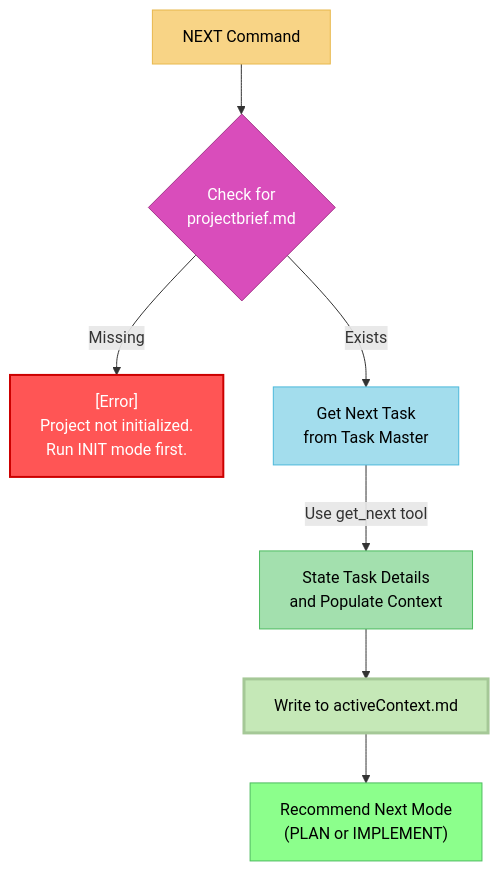
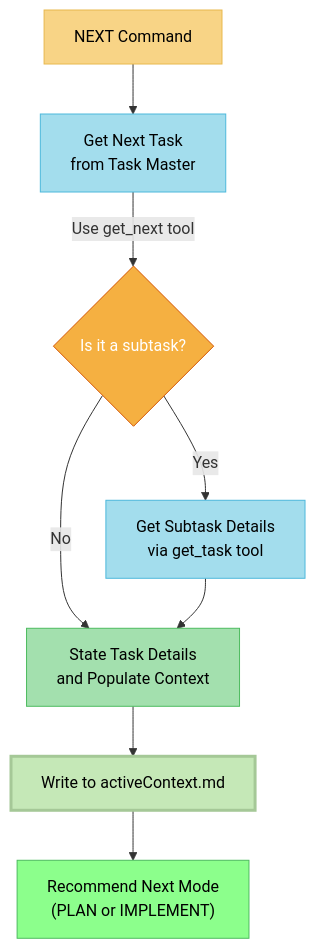
The diagram in custom_modes/next_instructions.md (An3Dev/memory-bank), drawn with Mermaid before and after one commit. The commit also changed other lines of this file, not shown here.

````diff
--- a/custom_modes/next_instructions.md
+++ b/custom_modes/next_instructions.md
@@ -5,22 +5,24 @@
 ```mermaid
 graph TD
-    Start["NEXT Command"] --> CheckInit{"Check for<br>projectbrief.md"}
+    Start["NEXT Command"] --> GetNextTask["Get Next Task<br>from Task Master"]
+    
+    GetNextTask --> |"Use get_next tool"| AnalyzeTask{"Is it a subtask?"}
 
-    CheckInit --> |"Missing"| Error["[Error]<br>Project not initialized.<br>Run INIT mode first."]
-    CheckInit --> |"Exists"| GetNextTask["Get Next Task<br>from Task Master"]
-    
-    GetNextTask --> |"Use get_next tool"| ShowTask["State Task Details<br>and Populate Context"]
-    
+    AnalyzeTask --> |"Yes"| GetSubtaskDetails["Get Subtask Details<br>via get_task tool"]
+    AnalyzeTask --> |"No"| ShowTask["State Task Details<br>and Populate Context"]
+
+    GetSubtaskDetails --> ShowTask
+
     ShowTask --> PopulateActiveContext["Write to activeContext.md"]
     
     PopulateActiveContext --> RecommendNext["Recommend Next Mode<br>(PLAN or IMPLEMENT)"]
     
     %% Styling
     style Start fill:#f8d486,stroke:#e8b84d,color:black
-    style CheckInit fill:#d94dbb,stroke:#a3378a,color:white
-    style Error fill:#ff5555,stroke:#cc0000,color:white,stroke-width:2px
     style GetNextTask fill:#a3dded,stroke:#4db8db,color:black
+    style AnalyzeTask fill:#f5b041,stroke:#d35400,color:white
+    style GetSubtaskDetails fill:#a3dded,stroke:#4db8db,color:black
     style ShowTask fill:#a3e0ae,stroke:#4dbb5f,color:black
     style PopulateActiveContext fill:#c5e8b7,stroke:#a5c897,stroke-width:3px,color:black
     style RecommendNext fill:#8cff8c,stroke:#4dbb5f,color:black
 ```
````
